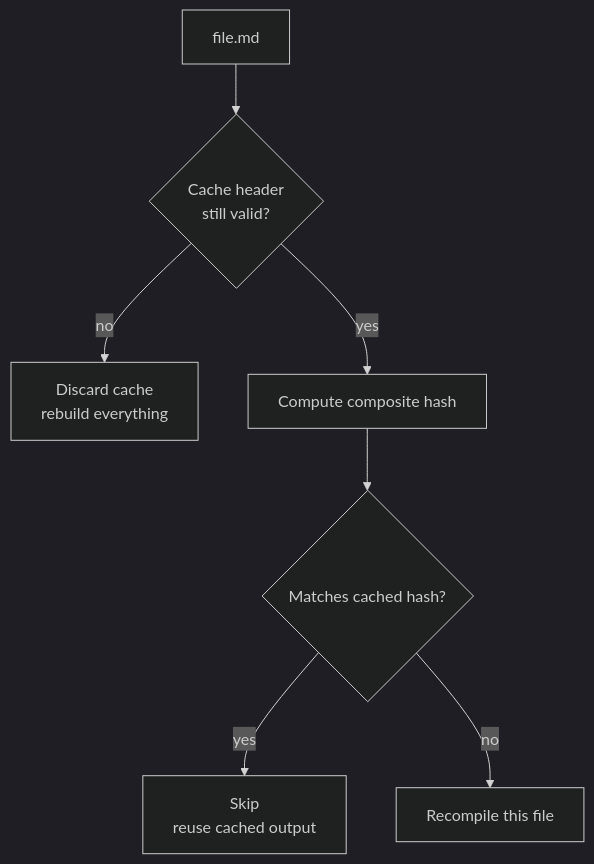
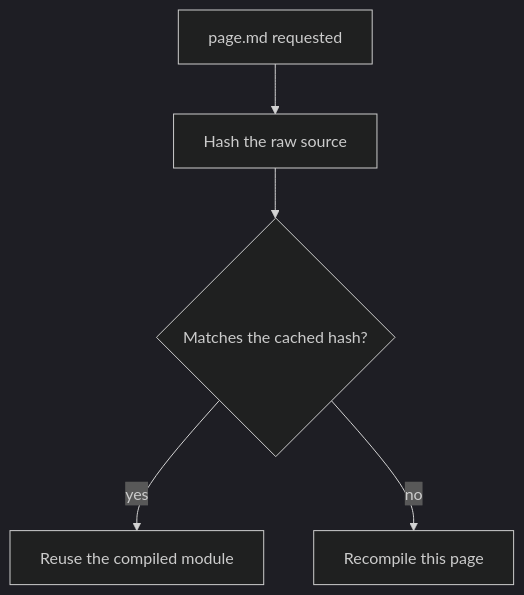
Before and after one commit to kanakkholwal/docvia: the diagram in apps/web/src/docs/guide/incremental-builds.md, drawn with Mermaid (dark theme). The commit also changed other lines of this file and 164 other files, not shown here.

````diff
--- a/apps/web/src/docs/guide/incremental-builds.md
+++ b/apps/web/src/docs/guide/incremental-builds.md
@@ -22,10 +19,8 @@
 ```mermaid
-%% title: The per-file decision
+%% title: The per-page decision
 flowchart TD
-  START["file.md"] --> HDR{"Cache header<br/>still valid?"}
-  HDR -- "no" --> FULL["Discard cache<br/>rebuild everything"]
-  HDR -- "yes" --> HASH["Compute composite hash"]
-  HASH --> CMP{"Matches cached hash?"}
-  CMP -- "yes" --> SKIP["Skip<br/>reuse cached output"]
-  CMP -- "no" --> BUILD["Recompile this file"]
+  START["page.md requested"] --> HASH["Hash the raw source"]
+  HASH --> CMP{"Matches the cached hash?"}
+  CMP -- "yes" --> SKIP["Reuse the compiled module"]
+  CMP -- "no" --> BUILD["Recompile this page"]
 ```
````
